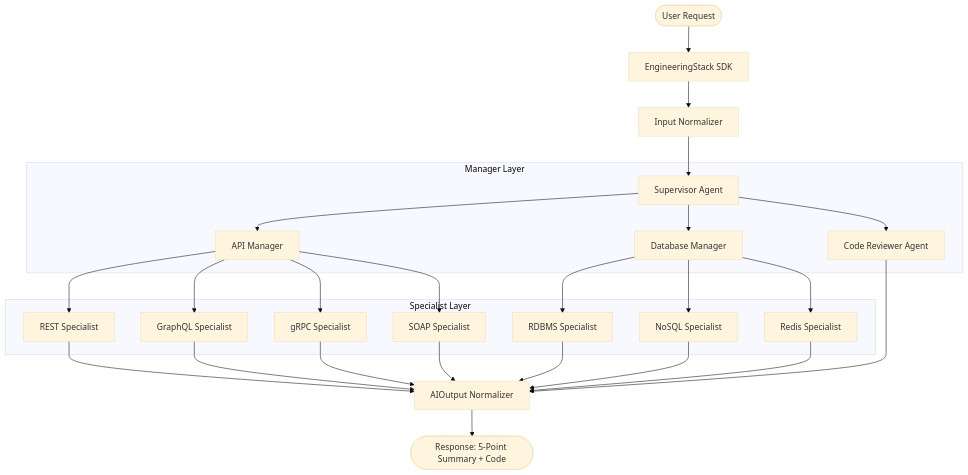
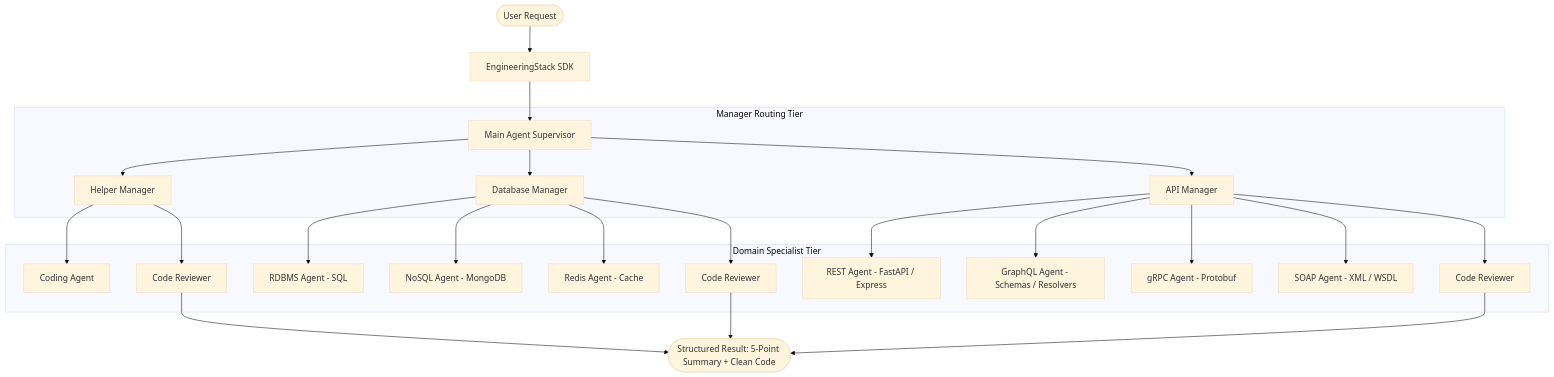
Before and after one commit to BenjaminVijayaraj5102004/Engineering_Stack: the diagram in README.md, drawn with Mermaid (base theme). The commit also changed other lines of this file and 96 other files, not shown here.

````diff
--- a/README.md
+++ b/README.md
@@ -42,34 +33,31 @@
 ```mermaid
 graph TD
-    User([User Request]) --> SDK[EngineeringStack SDK]
-    SDK --> InputNorm[Input Normalizer]
-    InputNorm --> MainAgent[Supervisor Agent]
+    User([User Request]) --> Stack[EngineeringStack SDK]
+    Stack --> MainAgent[Main Agent Supervisor]
     
-    subgraph Manager Layer
+    subgraph Manager Layer [Manager Routing Tier]
+        MainAgent --> HelperMgr[Helper Manager]
+        MainAgent --> DBMgr[Database Manager]
         MainAgent --> APIMgr[API Manager]
-        MainAgent --> DBMgr[Database Manager]
-        MainAgent --> Reviewer[Code Reviewer Agent]
     end
     
-    subgraph Specialist Layer
-        APIMgr --> REST[REST Specialist]
-        APIMgr --> GraphQL[GraphQL Specialist]
-        APIMgr --> gRPC[gRPC Specialist]
-        APIMgr --> SOAP[SOAP Specialist]
+    subgraph Specialist Layer [Domain Specialist Tier]
+        HelperMgr --> CodingAgent[Coding Agent]
+        HelperMgr --> QA1[Code Reviewer]
         
-        DBMgr --> RDBMS[RDBMS Specialist]
-        DBMgr --> NoSQL[NoSQL Specialist]
-        DBMgr --> Redis[Redis Specialist]
+        DBMgr --> RDBMS[RDBMS Agent - SQL]
+        DBMgr --> NoSQL[NoSQL Agent - MongoDB]
+        DBMgr --> Redis[Redis Agent - Cache]
+        DBMgr --> QA2[Code Reviewer]
+        
+        APIMgr --> REST[REST Agent - FastAPI / Express]
+        APIMgr --> GraphQL[GraphQL Agent - Schemas / Resolvers]
+        APIMgr --> GRPC[gRPC Agent - Protobuf]
+        APIMgr --> SOAP[SOAP Agent - XML / WSDL]
+        APIMgr --> QA3[Code Reviewer]
     end
     
-    REST --> OutputNorm[AIOutput Normalizer]
-    GraphQL --> OutputNorm
-    gRPC --> OutputNorm
-    SOAP --> OutputNorm
-    RDBMS --> OutputNorm
-    NoSQL --> OutputNorm
-    Redis --> OutputNorm
-    Reviewer --> OutputNorm
-    
-    OutputNorm --> Response([Response: 5-Point Summary + Code])
+    QA1 --> Result([Structured Result: 5-Point Summary + Clean Code])
+    QA2 --> Result
+    QA3 --> Result
 ```
````
